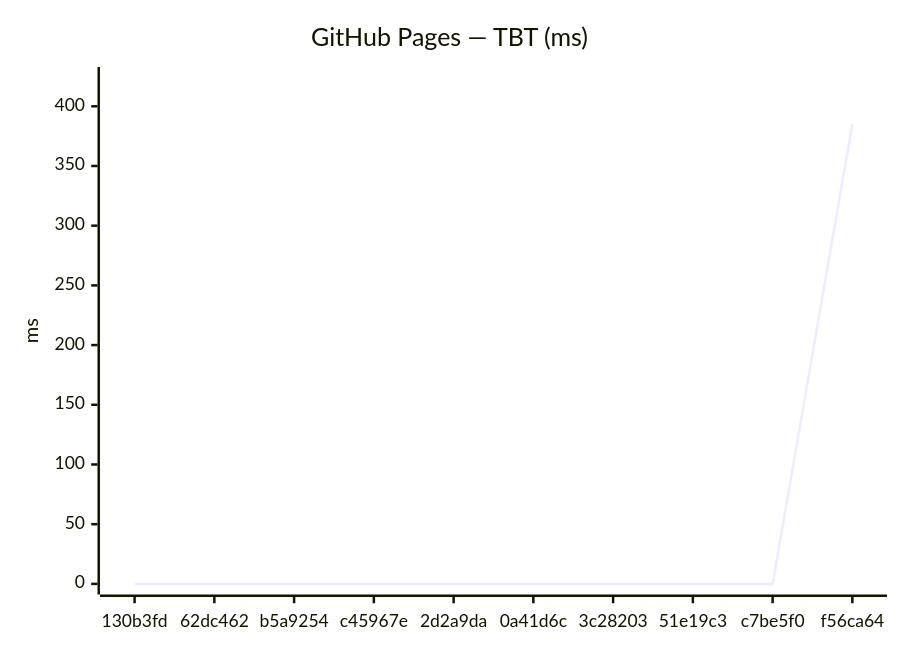
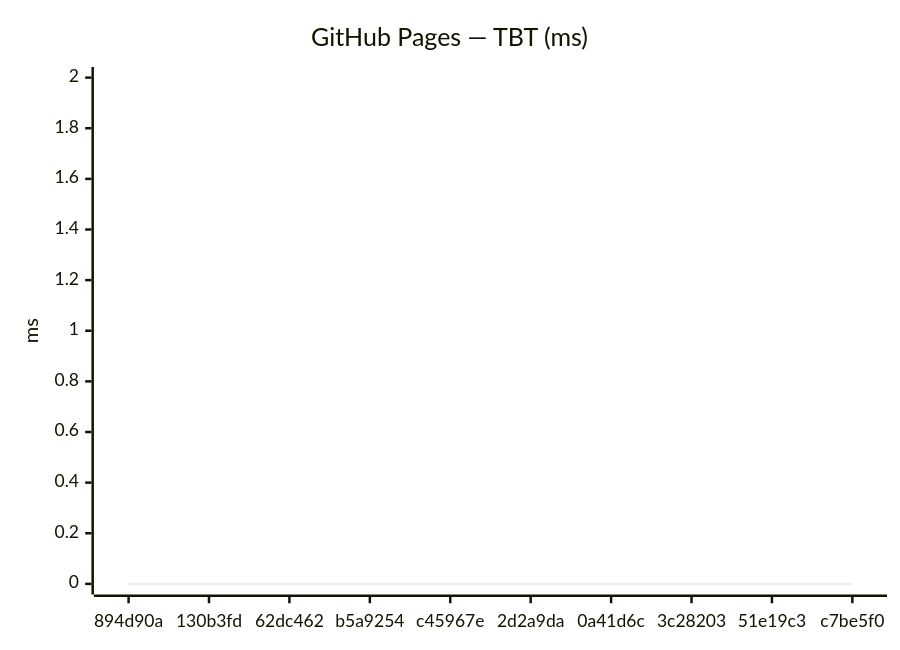
The fourth of 18 diagrams in benchmarks/compare.md (Metaheurist/Rianell), drawn with Mermaid before and after one commit. The commit also changed other lines of this file and 11 other files, not shown here.

````diff
--- a/benchmarks/compare.md
+++ b/benchmarks/compare.md
@@ -61,7 +61,7 @@
 ```mermaid
 xychart-beta
     title "GitHub Pages — TBT (ms)"
-    x-axis ["130b3fd", "62dc462", "b5a9254", "c45967e", "2d2a9da", "0a41d6c", "3c28203", "51e19c3", "c7be5f0", "f56ca64"]
-    y-axis "ms" 0 --> 424
-    line [0, 0, 0, 0, 0, 0, 0, 0, 0, 385]
+    x-axis ["894d90a", "130b3fd", "62dc462", "b5a9254", "c45967e", "2d2a9da", "0a41d6c", "3c28203", "51e19c3", "c7be5f0"]
+    y-axis "ms" 0 --> 2
+    line [0, 0, 0, 0, 0, 0, 0, 0, 0, 0]
 ```
````
